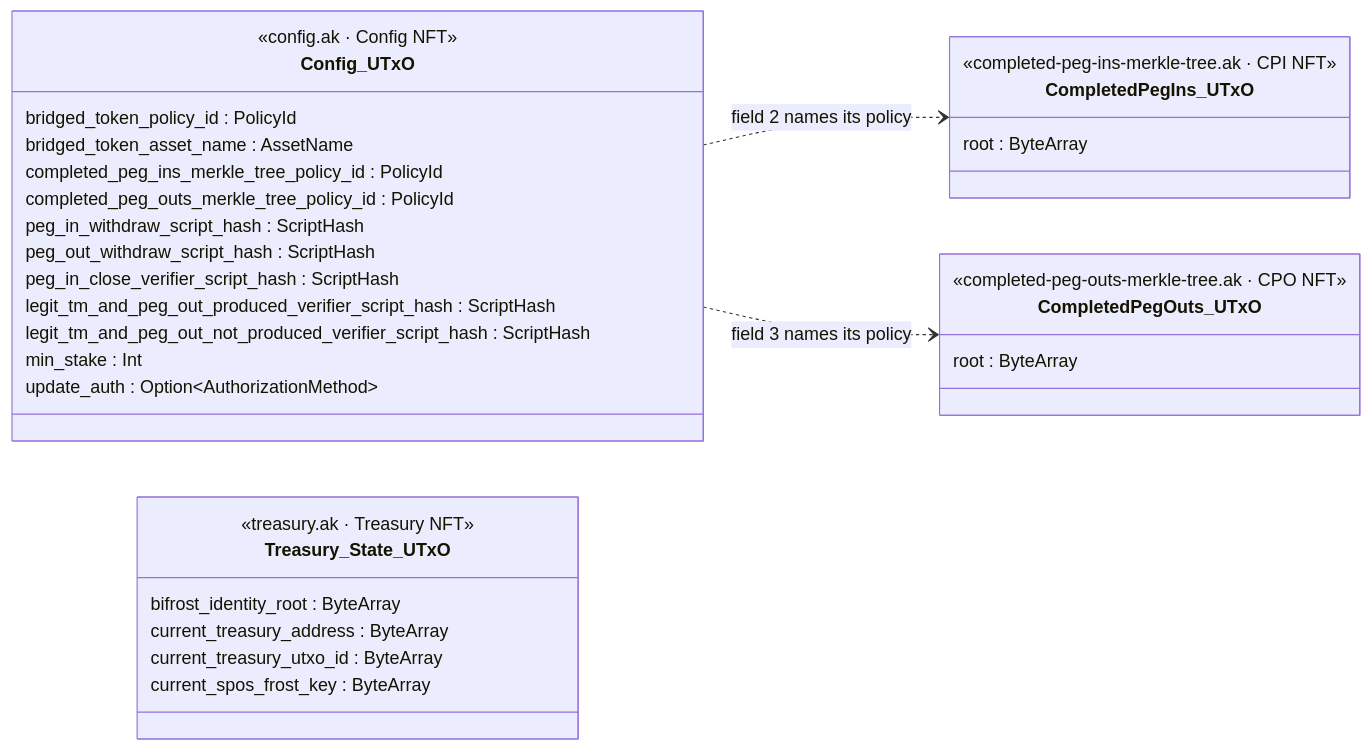
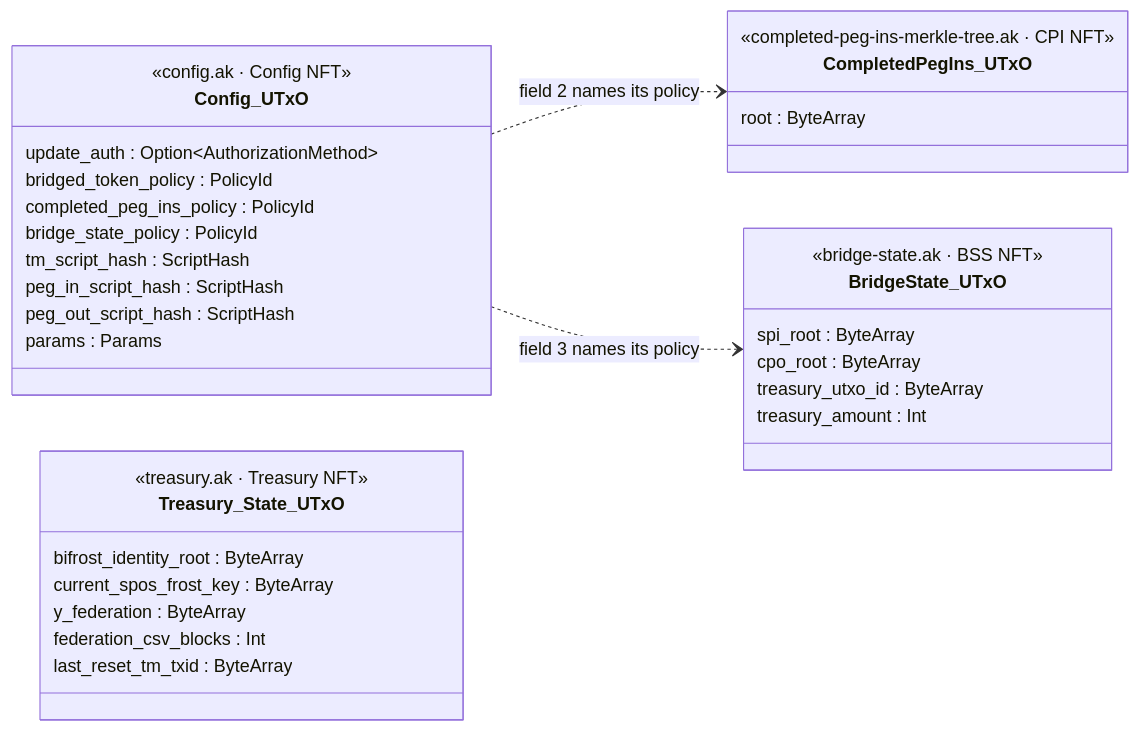
One commit to rssh/ft-bifrost-bridge changed the first of 20 diagrams in documentation/technical_documentation.md. Above: the diagram before and after it, drawn with Mermaid. The commit also changed other lines of this file, not shown here.

First line of the commit message:
docs(spec): fold rev 5.4, the bridge state singleton, into the spec

````diff
--- a/documentation/technical_documentation.md
+++ b/documentation/technical_documentation.md
@@ -422,40 +425,41 @@
 ```mermaid
 classDiagram
     direction LR
 
     class Config_UTxO {
         <<config.ak · Config NFT>>
-        bridged_token_policy_id : PolicyId
-        bridged_token_asset_name : AssetName
-        completed_peg_ins_merkle_tree_policy_id : PolicyId
-        completed_peg_outs_merkle_tree_policy_id : PolicyId
-        peg_in_withdraw_script_hash : ScriptHash
-        peg_out_withdraw_script_hash : ScriptHash
-        peg_in_close_verifier_script_hash : ScriptHash
-        legit_tm_and_peg_out_produced_verifier_script_hash : ScriptHash
-        legit_tm_and_peg_out_not_produced_verifier_script_hash : ScriptHash
-        min_stake : Int
         update_auth : Option~AuthorizationMethod~
+        bridged_token_policy : PolicyId
+        completed_peg_ins_policy : PolicyId
+        bridge_state_policy : PolicyId
+        tm_script_hash : ScriptHash
+        peg_in_script_hash : ScriptHash
+        peg_out_script_hash : ScriptHash
+        params : Params
     }
 
     class Treasury_State_UTxO {
         <<treasury.ak · Treasury NFT>>
         bifrost_identity_root : ByteArray
-        current_treasury_address : ByteArray
-        current_treasury_utxo_id : ByteArray
         current_spos_frost_key : ByteArray
+        y_federation : ByteArray
+        federation_csv_blocks : Int
+        last_reset_tm_txid : ByteArray
     }
 
     class CompletedPegIns_UTxO {
         <<completed-peg-ins-merkle-tree.ak · CPI NFT>>
         root : ByteArray
     }
 
-    class CompletedPegOuts_UTxO {
-        <<completed-peg-outs-merkle-tree.ak · CPO NFT>>
-        root : ByteArray
+    class BridgeState_UTxO {
+        <<bridge-state.ak · BSS NFT>>
+        spi_root : ByteArray
+        cpo_root : ByteArray
+        treasury_utxo_id : ByteArray
+        treasury_amount : Int
     }
 
     Config_UTxO ..> CompletedPegIns_UTxO : field 2 names its policy
-    Config_UTxO ..> CompletedPegOuts_UTxO : field 3 names its policy
+    Config_UTxO ..> BridgeState_UTxO : field 3 names its policy
 ```
````
